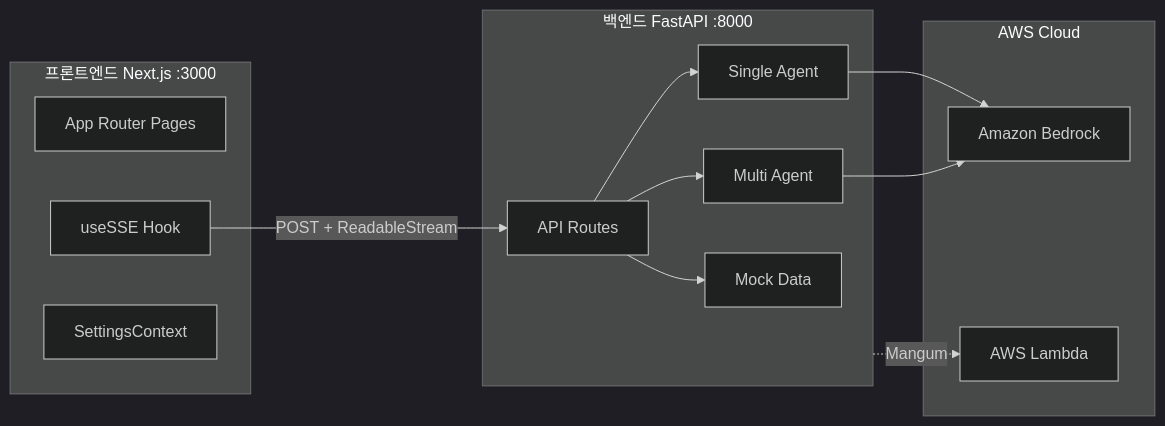
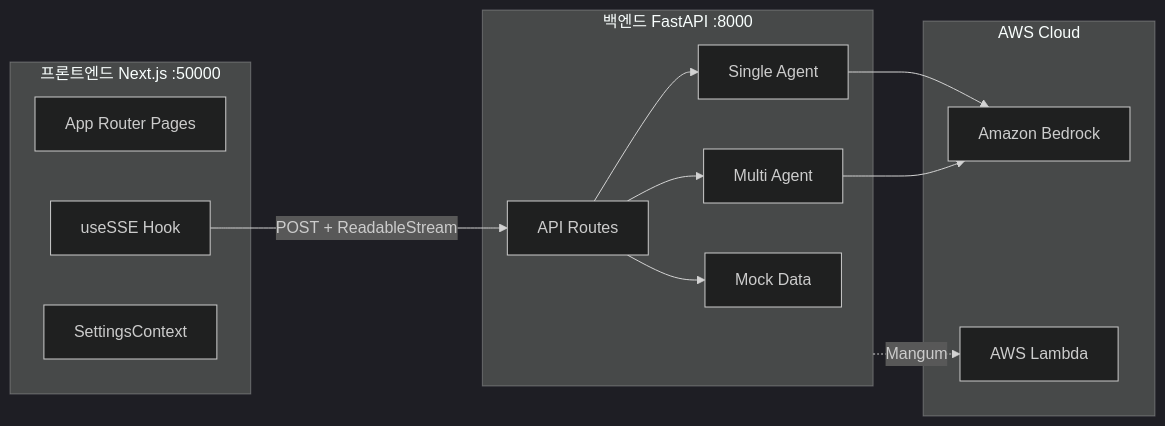
Before and after one commit to alipeople/aws-ai-poc-1: the diagram in docs/decisions/02-architecture.md, drawn with Mermaid (dark theme). The commit also changed other lines of this file and 5 other files, not shown here.

````diff
--- a/docs/decisions/02-architecture.md
+++ b/docs/decisions/02-architecture.md
@@ -19,25 +19,25 @@
 ```mermaid
 flowchart LR
-    subgraph FE[프론트엔드 Next.js :3000]
+    subgraph FE[프론트엔드 Next.js :50000]
         Pages[App Router Pages]
         Hook[useSSE Hook]
         Ctx[SettingsContext]
     end
     subgraph BE[백엔드 FastAPI :8000]
         Routes[API Routes]
         SingleSvc[Single Agent]
         MultiSvc[Multi Agent]
         Mock[Mock Data]
     end
     subgraph AWS[AWS Cloud]
         Bedrock[Amazon Bedrock]
         Lambda[AWS Lambda]
     end
     Hook -->|POST + ReadableStream| Routes
     Routes --> SingleSvc
     Routes --> MultiSvc
     Routes --> Mock
     SingleSvc --> Bedrock
     MultiSvc --> Bedrock
     BE -.->|Mangum| Lambda
 ```
````
